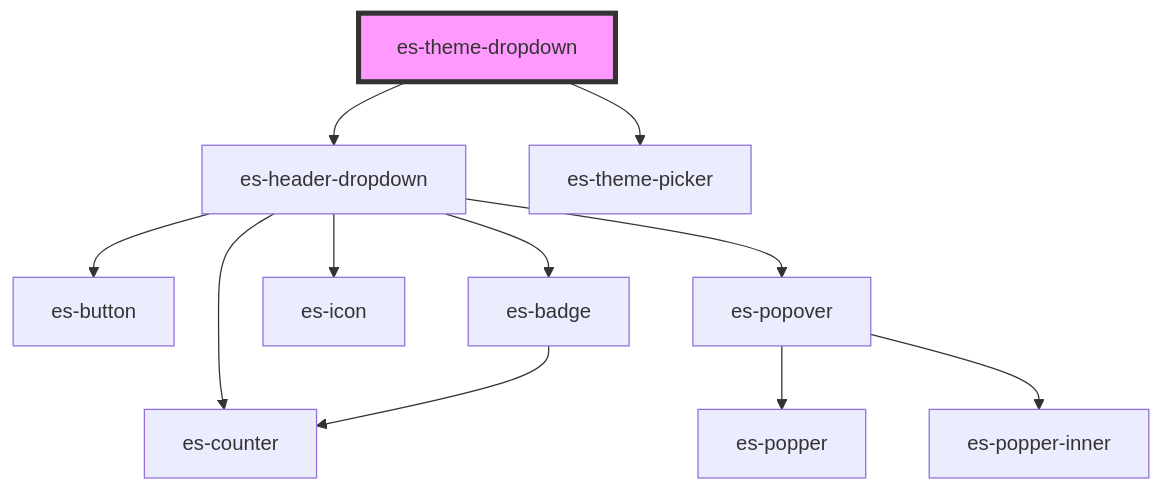
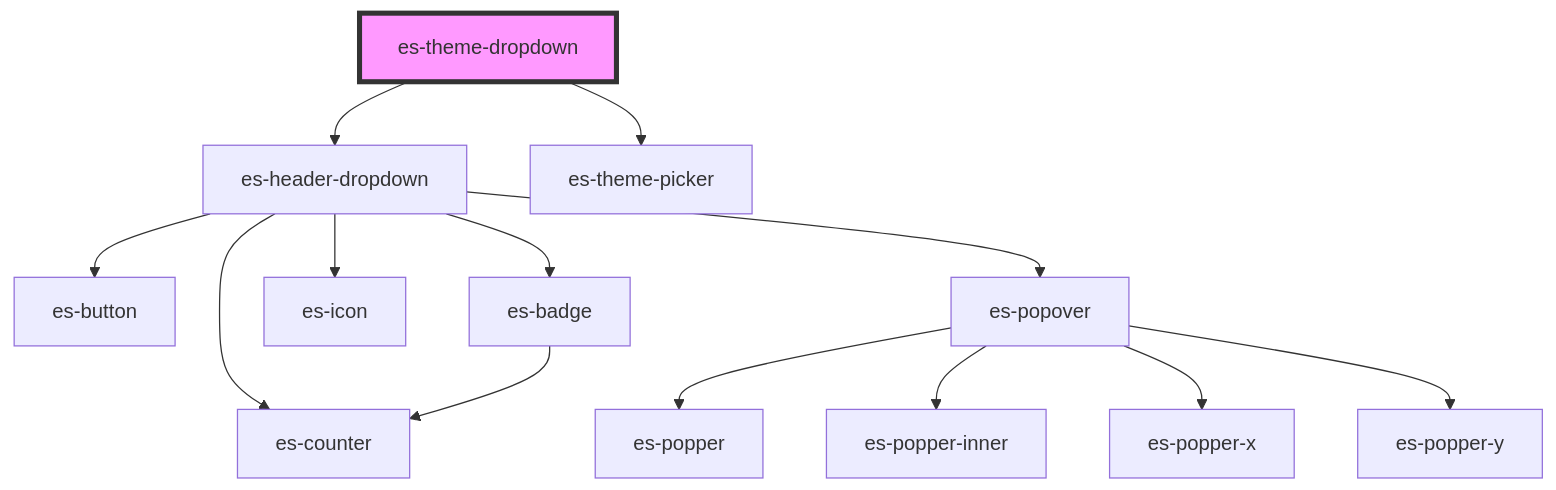
Before and after one commit to EventStore/Design-System: the diagram in packages/layout/src/components/es-theme-dropdown/readme.md, drawn with Mermaid. The commit also changed 53 other files, not shown here.

````diff
--- a/packages/layout/src/components/es-theme-dropdown/readme.md
+++ b/packages/layout/src/components/es-theme-dropdown/readme.md
@@ -59,14 +59,16 @@
 ```mermaid
 graph TD;
   es-theme-dropdown --> es-header-dropdown
   es-theme-dropdown --> es-theme-picker
   es-header-dropdown --> es-button
   es-header-dropdown --> es-counter
   es-header-dropdown --> es-badge
   es-header-dropdown --> es-icon
   es-header-dropdown --> es-popover
   es-badge --> es-counter
   es-popover --> es-popper
   es-popover --> es-popper-inner
+  es-popover --> es-popper-x
+  es-popover --> es-popper-y
   style es-theme-dropdown fill:#f9f,stroke:#333,stroke-width:4px
 ```
````
